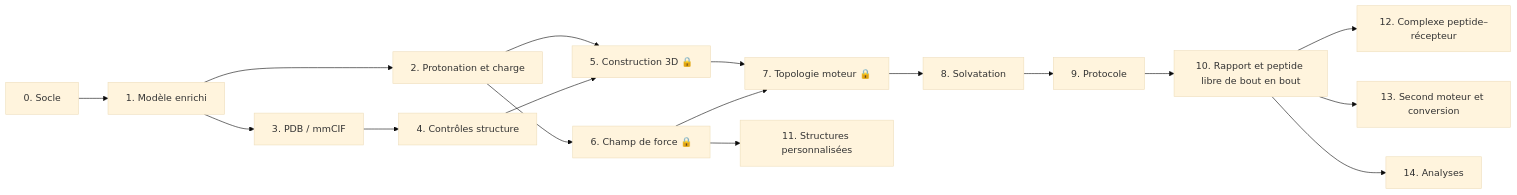
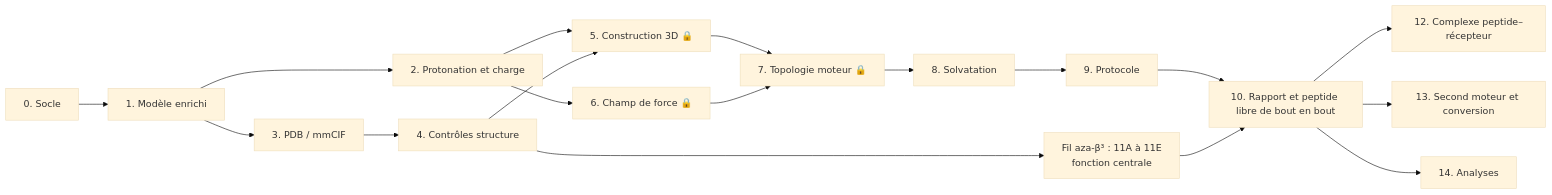
One commit to Hfiras7/Pepforge changed the diagram in docs/PLAN-CONSTRUCTION.md. Above: the diagram before and after it, drawn with Mermaid (base theme). The commit also changed other lines of this file and 1 other file, not shown here.

First line of the commit message:
Inscrit la substitution aza-β³ comme cas d'usage central

````diff
--- a/docs/PLAN-CONSTRUCTION.md
+++ b/docs/PLAN-CONSTRUCTION.md
@@ -18,17 +20,18 @@
 ```mermaid
 flowchart LR
     E0[0. Socle] --> E1[1. Modèle enrichi]
     E1 --> E2[2. Protonation et charge]
     E1 --> E3[3. PDB / mmCIF]
     E3 --> E4[4. Contrôles structure]
     E2 & E4 --> E5["5. Construction 3D 🔒"]
     E2 --> E6["6. Champ de force 🔒"]
     E5 & E6 --> E7["7. Topologie moteur 🔒"]
     E7 --> E8[8. Solvatation]
     E8 --> E9[9. Protocole]
     E9 --> E10[10. Rapport et peptide libre de bout en bout]
-    E6 --> E11[11. Structures personnalisées]
+    E4 --> E11["Fil aza-β³ : 11A à 11E<br/>fonction centrale"]
+    E11 --> E10
     E10 --> E12[12. Complexe peptide–récepteur]
     E10 --> E13[13. Second moteur et conversion]
     E10 --> E14[14. Analyses]
 ```
````
